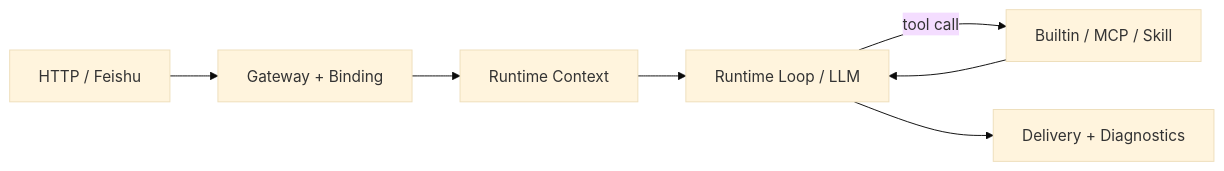
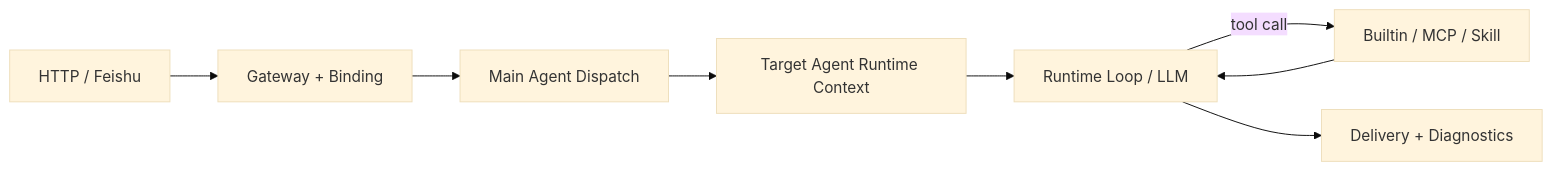
One commit to tiezhuli001/marten-runtime changed the diagram in README.md. Above: the diagram before and after it, drawn with Mermaid (base theme). The commit also changed other lines of this file and 203 other files, not shown here.

````diff
--- a/README.md
+++ b/README.md
@@ -32,9 +33,10 @@
 ```mermaid
 flowchart LR
     A["HTTP / Feishu"] --> B["Gateway + Binding"]
-    B --> C["Runtime Context"]
-    C --> D["Runtime Loop / LLM"]
-    D -->|"tool call"| E["Builtin / MCP / Skill"]
-    E --> D
-    D --> F["Delivery + Diagnostics"]
+    B --> C["Main Agent Dispatch"]
+    C --> D["Target Agent Runtime Context"]
+    D --> E["Runtime Loop / LLM"]
+    E -->|"tool call"| F["Builtin / MCP / Skill"]
+    F --> E
+    E --> G["Delivery + Diagnostics"]
 ```
````
